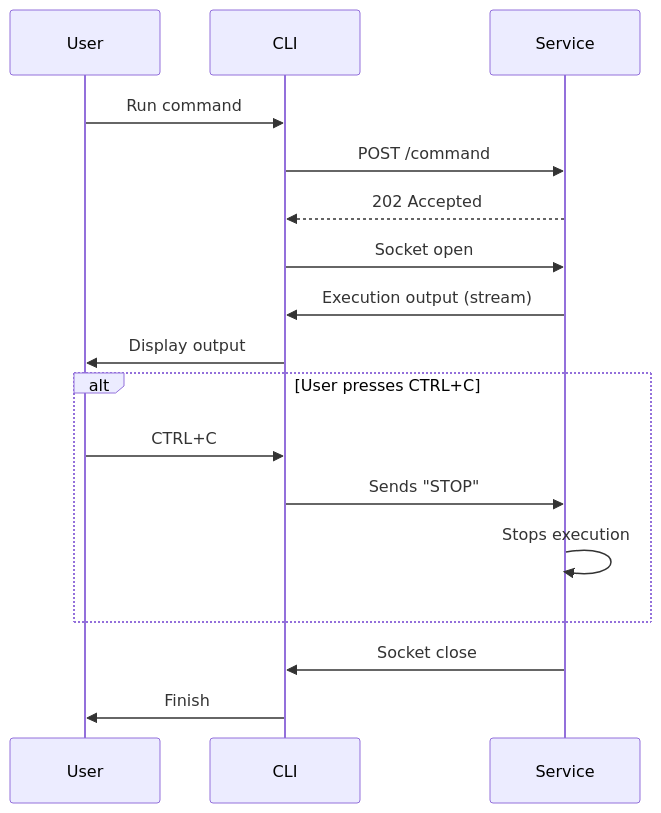
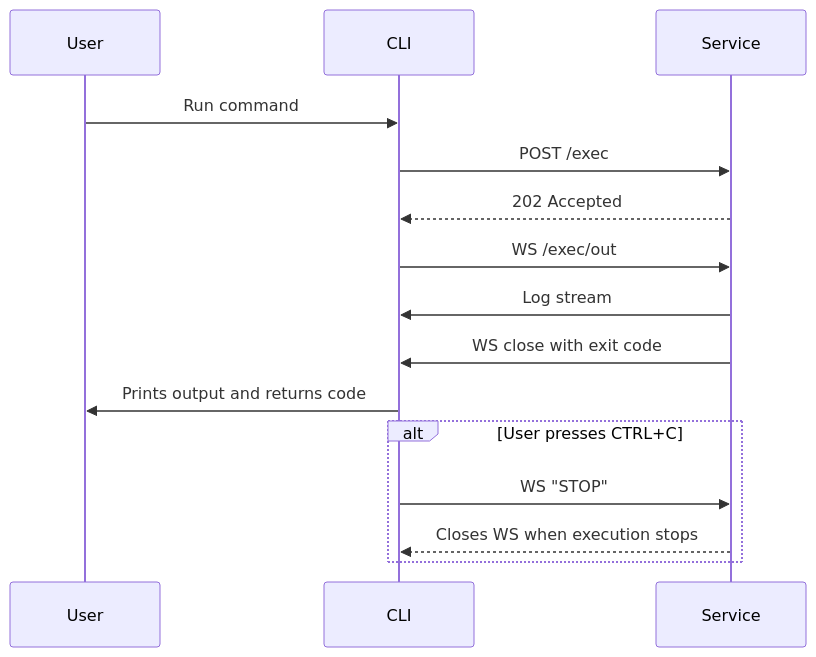
The diagram in README-en.md (wakamiti/wakamiti-runtime), drawn with Mermaid before and after one commit. The commit also changed other lines of this file and 12 other files, not shown here.

````diff
--- a/README-en.md
+++ b/README-en.md
@@ -15,23 +18,19 @@
 ```mermaid
 sequenceDiagram
     participant User
     participant CLI
     participant Service
 
     User->>CLI: Run command
-    CLI->>Service: POST /command
+    CLI->>Service: POST /exec 
     Service-->>CLI: 202 Accepted
-
-    CLI->>Service: Socket open
-    Service->>CLI: Execution output (stream)
-    CLI->>User: Display output
+    CLI->>Service: WS /exec/out
+    Service->>CLI: Log stream
+    Service->>CLI: WS close with exit code
+    CLI->>User: Prints output and returns code
 
     alt User presses CTRL+C
-        User->>CLI: CTRL+C
-        CLI->>Service: Sends "STOP"
-        Service->>Service: Stops execution
+        CLI->>Service: WS "STOP"
+        Service-->>CLI: Closes WS when execution stops
     end
-
-    Service->>CLI: Socket close
-    CLI->>User: Finish
 ```
````
